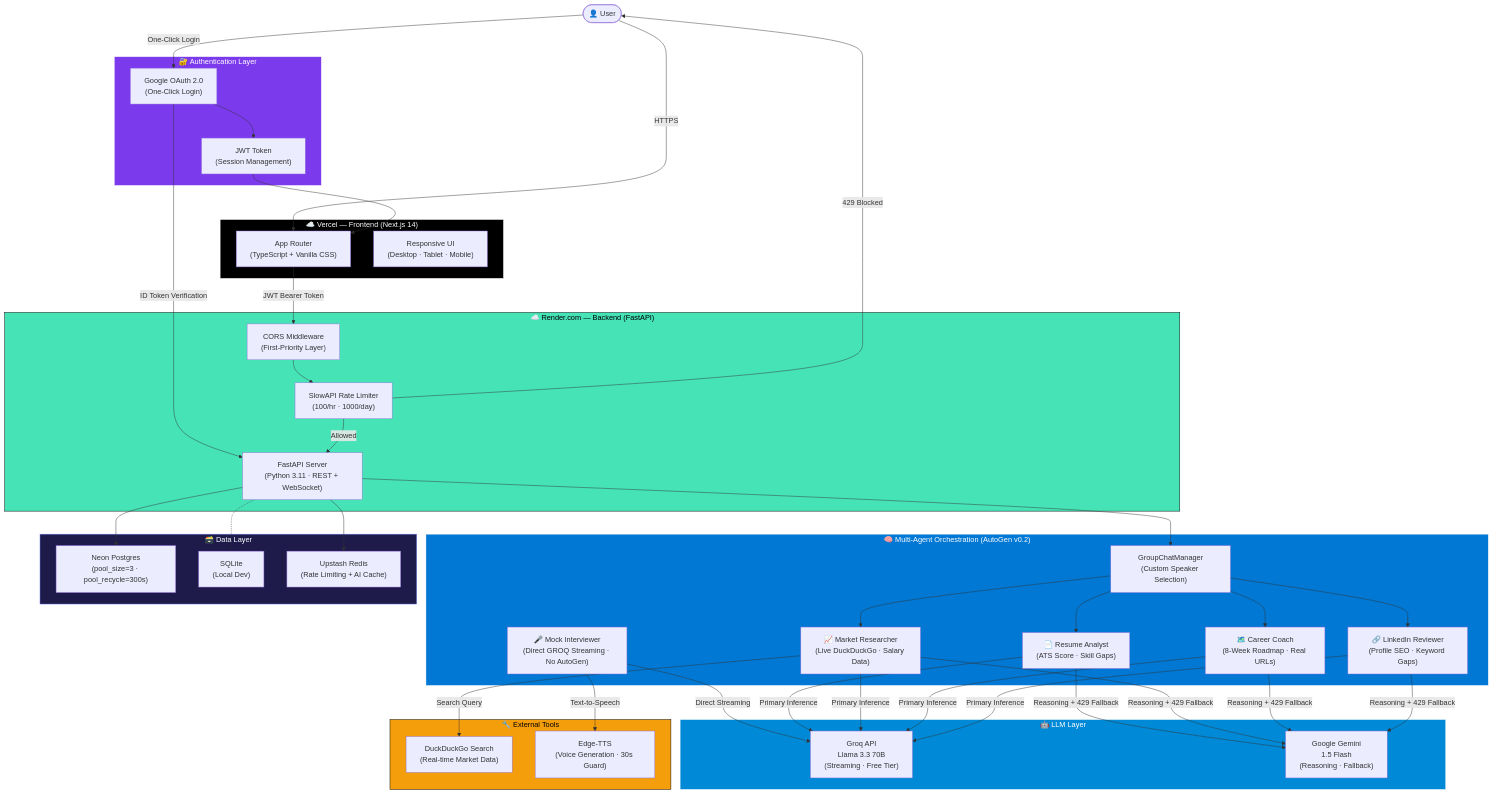
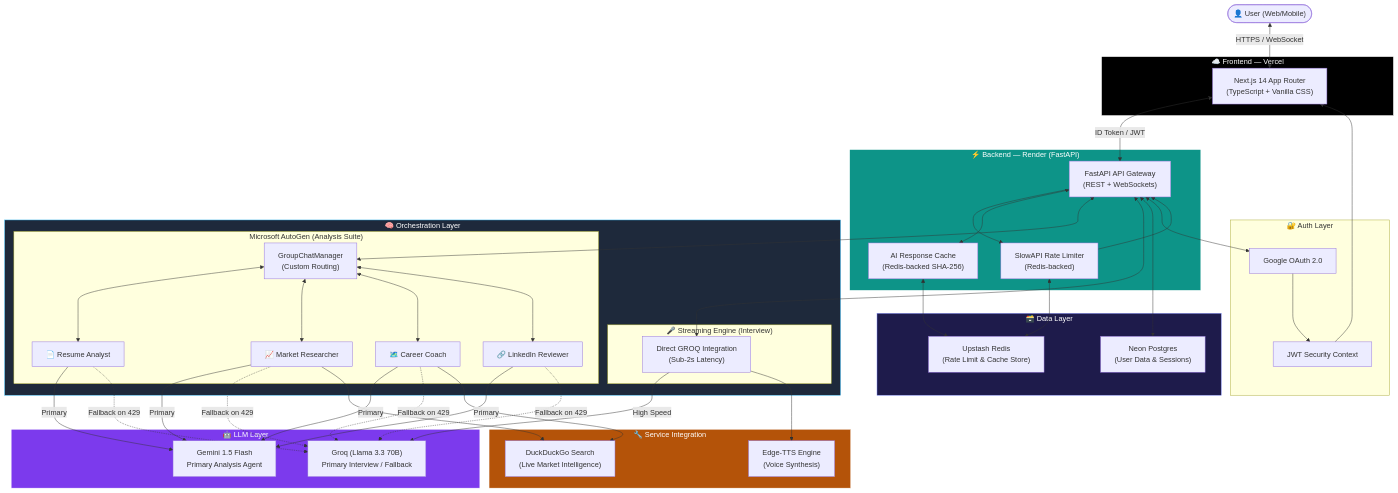
One commit to Anil-Pradhan-web/ai-career-mentor changed the diagram in README.md. Above: the diagram before and after it, drawn with Mermaid. The commit also changed 1 other file, not shown here.

Commit message:
docs: complete overhaul of architecture diagrams for accuracy and aesthetics

````diff
--- a/README.md
+++ b/README.md
@@ -175,73 +175,78 @@
 ```mermaid
 flowchart TD
-    User(["👤 User"])
-
-    subgraph Auth ["🔐 Authentication Layer"]
-        GOOGLE["Google OAuth 2.0\n(One-Click Login)"]
-        JWT["JWT Token\n(Session Management)"]
+    User(["👤 User (Web/Mobile)"])
+    
+    subgraph Frontend ["☁️ Frontend — Vercel"]
+        NextJS["Next.js 14 App Router\n(TypeScript + Vanilla CSS)"]
     end
 
-    subgraph Vercel ["☁️ Vercel — Frontend (Next.js 14)"]
-        FE["App Router\n(TypeScript + Vanilla CSS)"]
-        RESP["Responsive UI\n(Desktop · Tablet · Mobile)"]
+    subgraph Auth ["🔐 Auth Layer"]
+        GOAuth["Google OAuth 2.0"]
+        JWT["JWT Security Context"]
     end
 
-    subgraph Render ["☁️ Render.com — Backend (FastAPI)"]
-        CORS["CORS Middleware\n(First-Priority Layer)"]
-        RATE["SlowAPI Rate Limiter\n(100/hr · 1000/day)"]
-        API["FastAPI Server\n(Python 3.11 · REST + WebSocket)"]
+    subgraph Backend ["⚡ Backend — Render (FastAPI)"]
+        API["FastAPI API Gateway\n(REST + WebSockets)"]
+        RateLimit["SlowAPI Rate Limiter\n(Redis-backed)"]
+        Cache["AI Response Cache\n(Redis-backed SHA-256)"]
     end
 
-    subgraph Agents ["🧠 Multi-Agent Orchestration (AutoGen v0.2)"]
-        ORCH["GroupChatManager\n(Custom Speaker Selection)"]
-        A1["📄 Resume Analyst\n(ATS Score · Skill Gaps)"]
-        A2["📈 Market Researcher\n(Live DuckDuckGo · Salary Data)"]
-        A3["🗺️ Career Coach\n(8-Week Roadmap · Real URLs)"]
-        A4["🎤 Mock Interviewer\n(Direct GROQ Streaming · No AutoGen)"]
-        A5["🔗 LinkedIn Reviewer\n(Profile SEO · Keyword Gaps)"]
+    subgraph Orchestration ["🧠 Orchestration Layer"]
+        subgraph AutoGen ["Microsoft AutoGen (Analysis Suite)"]
+            Manager["GroupChatManager\n(Custom Routing)"]
+            A1["📄 Resume Analyst"]
+            A2["📈 Market Researcher"]
+            A3["🗺️ Career Coach"]
+            A4["🔗 LinkedIn Reviewer"]
+        end
+        
+        subgraph Interview ["🎤 Streaming Engine (Interview)"]
+            DirectLLM["Direct GROQ Integration\n(Sub-2s Latency)"]
+        end
     end
 
     subgraph LLM ["🤖 LLM Layer"]
-        GROQ["Groq API\nLlama 3.3 70B\n(Streaming · Free Tier)"]
-        GOOGLE_AI["Google Gemini\n1.5 Flash\n(Reasoning · Fallback)"]
+        GROQ["Groq (Llama 3.3 70B)\nPrimary Interview / Fallback"]
+        GEMINI["Gemini 1.5 Flash\nPrimary Analysis Agent"]
     end
 
-    subgraph Tools ["🔧 External Tools"]
-        DDG["DuckDuckGo Search\n(Real-time Market Data)"]
-        TTS["Edge-TTS\n(Voice Generation · 30s Guard)"]
+    subgraph Data ["🗃️ Data Layer"]
+        Postgres["Neon Postgres\n(User Data & Sessions)"]
+        Redis["Upstash Redis\n(Rate Limit & Cache Store)"]
     end
 
-    subgraph DB ["🗃️ Data Layer"]
-        POSTGRES["Neon Postgres\n(pool_size=3 · pool_recycle=300s)"]
-        SQLITE["SQLite\n(Local Dev)"]
-        REDIS["Upstash Redis\n(Rate Limiting + AI Cache)"]
+    subgraph Tools ["🔧 Service Integration"]
+        DDG["DuckDuckGo Search\n(Live Market Intelligence)"]
+        TTS["Edge-TTS Engine\n(Voice Synthesis)"]
     end
 
-    User -->|"HTTPS"| FE
-    User -->|"One-Click Login"| GOOGLE
-    GOOGLE -->|"ID Token Verification"| API
-    FE -->|"JWT Bearer Token"| CORS
-    CORS --> RATE
-    RATE -->|"Allowed"| API
-    RATE -->|"429 Blocked"| User
-    API --> ORCH
-    ORCH --> A1 & A2 & A3 & A5
-    A4 -->|"Direct Streaming"| GROQ
-    A1 & A2 & A3 & A5 -->|"Primary Inference"| GROQ
-    A1 & A2 & A3 & A5 -->|"Reasoning + 429 Fallback"| GOOGLE_AI
-    A2 -->|"Search Query"| DDG
-    A4 -->|"Text-to-Speech"| TTS
-    API --> POSTGRES
-    API -.- SQLITE
-    API --> REDIS
-    GOOGLE --> JWT
-    JWT --> FE
+    User <-->|"HTTPS / WebSocket"| NextJS
+    NextJS <-->|"ID Token / JWT"| API
+    API --> RateLimit
+    RateLimit --> API
+    API <--> Cache
+    
+    API <--> Manager
+    Manager <--> A1 & A2 & A3 & A4
+    API <--> DirectLLM
+    
+    A1 & A2 & A3 & A4 -->|"Primary"| GEMINI
+    A1 & A2 & A3 & A4 -.->|"Fallback on 429"| GROQ
+    DirectLLM -->|"High Speed"| GROQ
+    
+    A2 & A3 --> DDG
+    DirectLLM --> TTS
+    
+    API <--> Postgres
+    RateLimit & Cache <--> Redis
+    API <--> GOAuth
+    GOAuth --> JWT
+    JWT --> NextJS
 
-    style Vercel fill:#000,stroke:#fff,color:#fff
-    style Render fill:#46E3B7,stroke:#000,color:#000
-    style Agents fill:#0078D4,stroke:#fff,color:#fff
-    style LLM fill:#0089D6,stroke:#fff,color:#fff
-    style DB fill:#1e1b4b,stroke:#818cf8,color:#fff
-    style Auth fill:#7c3aed,stroke:#fff,color:#fff
-    style Tools fill:#f59e0b,stroke:#000,color:#000
+    style Frontend fill:#000,stroke:#fff,color:#fff
+    style Backend fill:#0D9488,stroke:#fff,color:#fff
+    style Orchestration fill:#1E293B,stroke:#38BDF8,color:#fff
+    style LLM fill:#7C3AED,stroke:#fff,color:#fff
+    style Data fill:#1E1B4B,stroke:#818cf8,color:#fff
+    style Tools fill:#B45309,stroke:#fff,color:#fff
 ```
````
